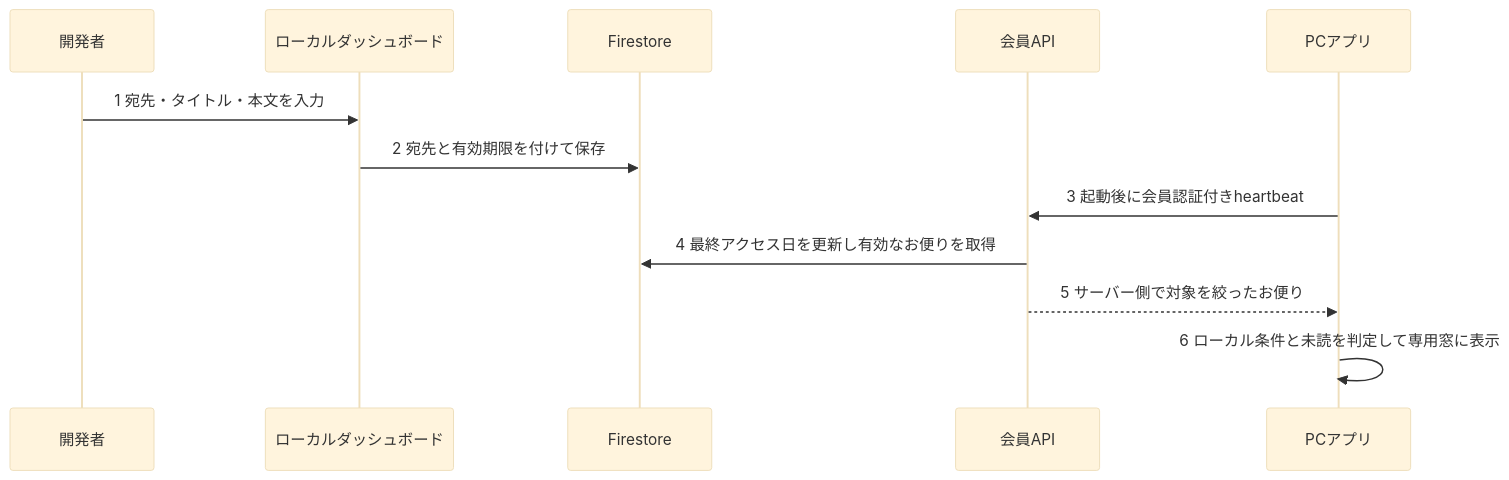
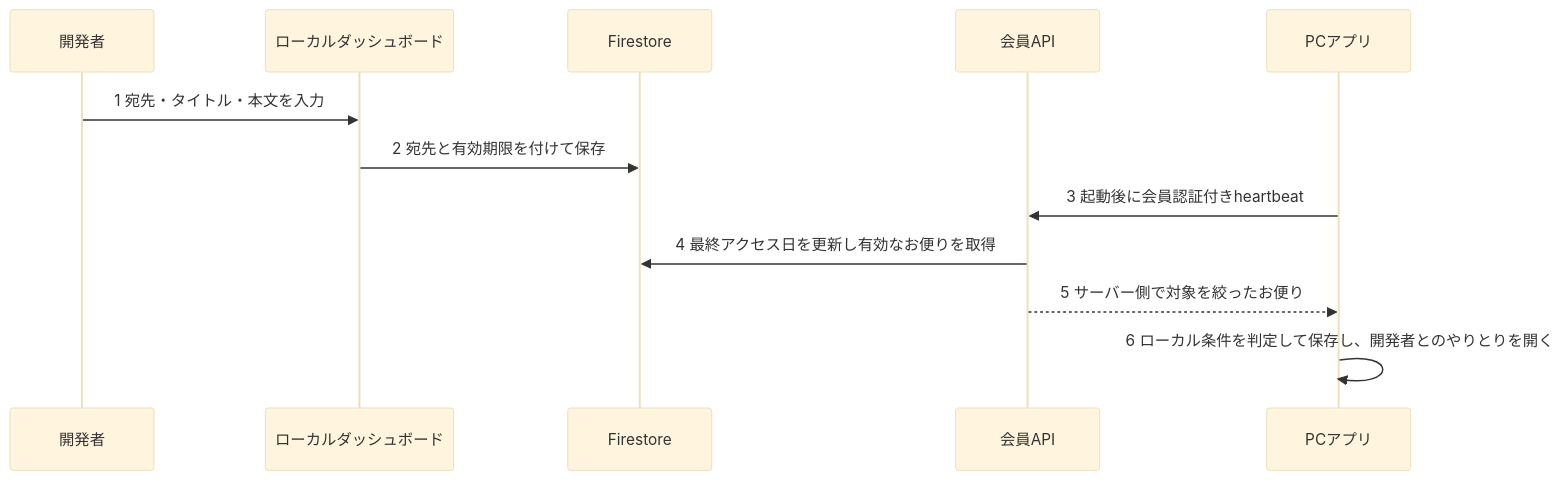
One commit to ore-no-fusen/ore-no-fusen changed the third of 3 diagrams in docs-v2/009_MEMBERSHIP.md. Above: the diagram before and after it, drawn with Mermaid (base theme). The commit also changed other lines of this file and 11 other files, not shown here.

````diff
--- a/docs-v2/009_MEMBERSHIP.md
+++ b/docs-v2/009_MEMBERSHIP.md
@@ -83,14 +85,14 @@
 ```mermaid
 sequenceDiagram
     participant Dev as 開発者
     participant Dash as ローカルダッシュボード
     participant DB as Firestore
     participant API as 会員API
     participant PC as PCアプリ
     Dev->>Dash: 1 宛先・タイトル・本文を入力
     Dash->>DB: 2 宛先と有効期限を付けて保存
     PC->>API: 3 起動後に会員認証付きheartbeat
     API->>DB: 4 最終アクセス日を更新し有効なお便りを取得
     API-->>PC: 5 サーバー側で対象を絞ったお便り
-    PC->>PC: 6 ローカル条件と未読を判定して専用窓に表示
+    PC->>PC: 6 ローカル条件を判定して保存し、開発者とのやりとりを開く
 ```
````
